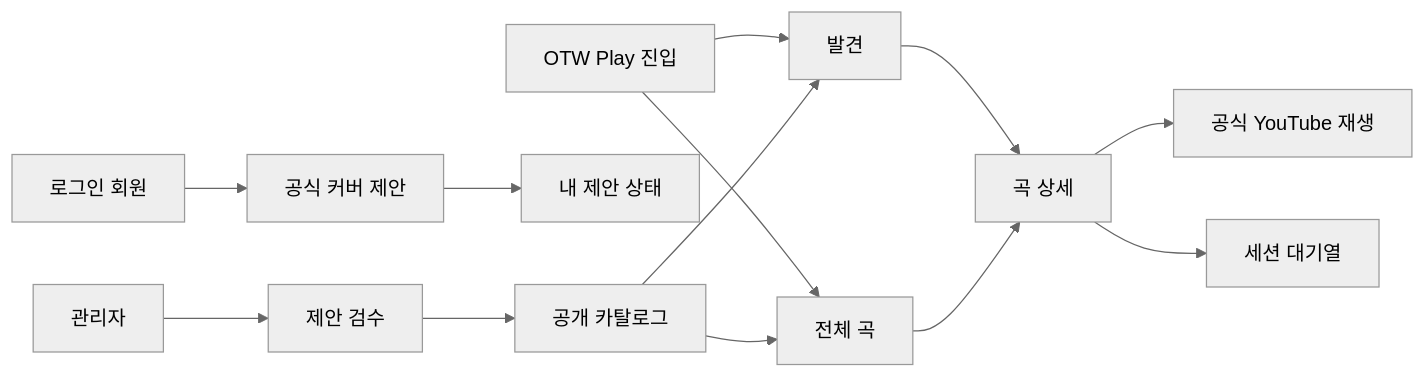
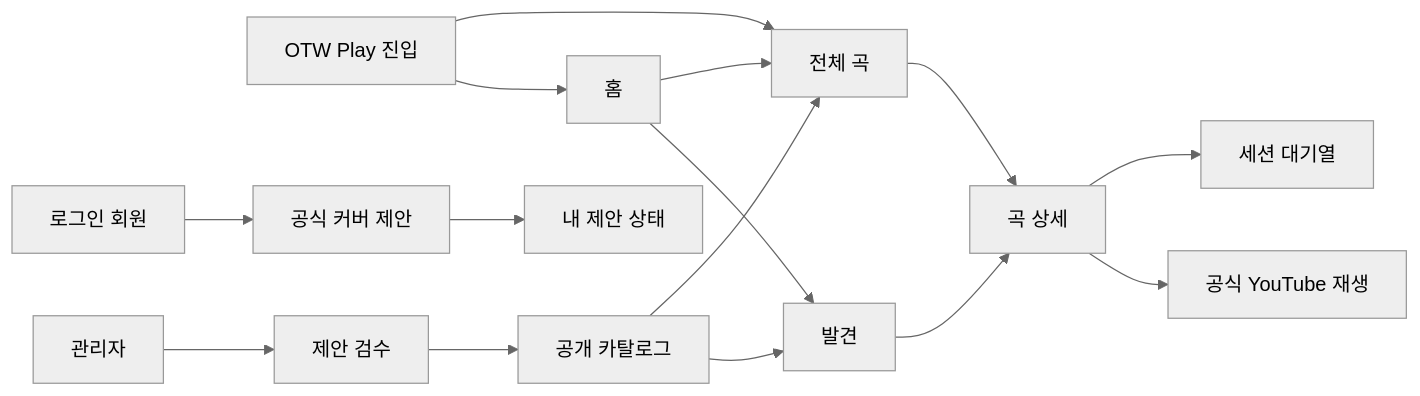
The first of 2 diagrams in docs/otw-play-ui-ux-design.md (rlatmfrl24/overthewall-schedule), drawn with Mermaid (neutral theme) before and after one commit. The commit also changed other lines of this file and 4 other files, not shown here.

Commit message:
docs(otw-play): define home and persistent player layout

````diff
--- a/docs/otw-play-ui-ux-design.md
+++ b/docs/otw-play-ui-ux-design.md
@@ -109,15 +110,17 @@
 ```mermaid
 flowchart LR
-  entry["OTW Play 진입"] --> discover["발견"]
+  entry["OTW Play 진입"] --> home["홈"]
+  home --> discover["발견"]
+  home --> catalog
   entry --> catalog["전체 곡"]
   discover --> song["곡 상세"]
   catalog --> song
   song --> player["공식 YouTube 재생"]
   song --> queue["세션 대기열"]
   signedIn["로그인 회원"] --> submit["공식 커버 제안"]
   submit --> mine["내 제안 상태"]
   admin["관리자"] --> review["제안 검수"]
   review --> published["공개 카탈로그"]
   published --> discover
   published --> catalog
 ```
````
